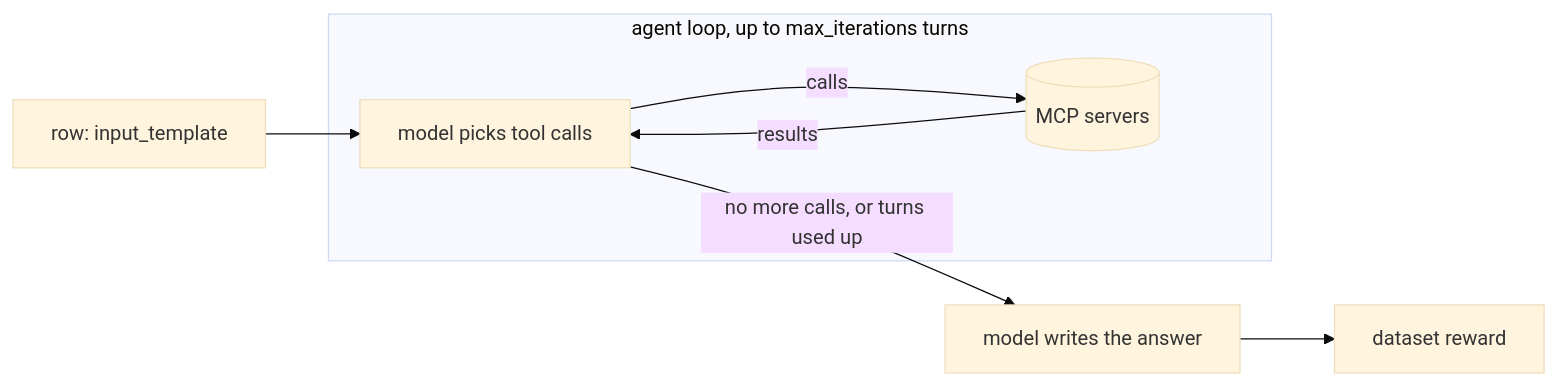
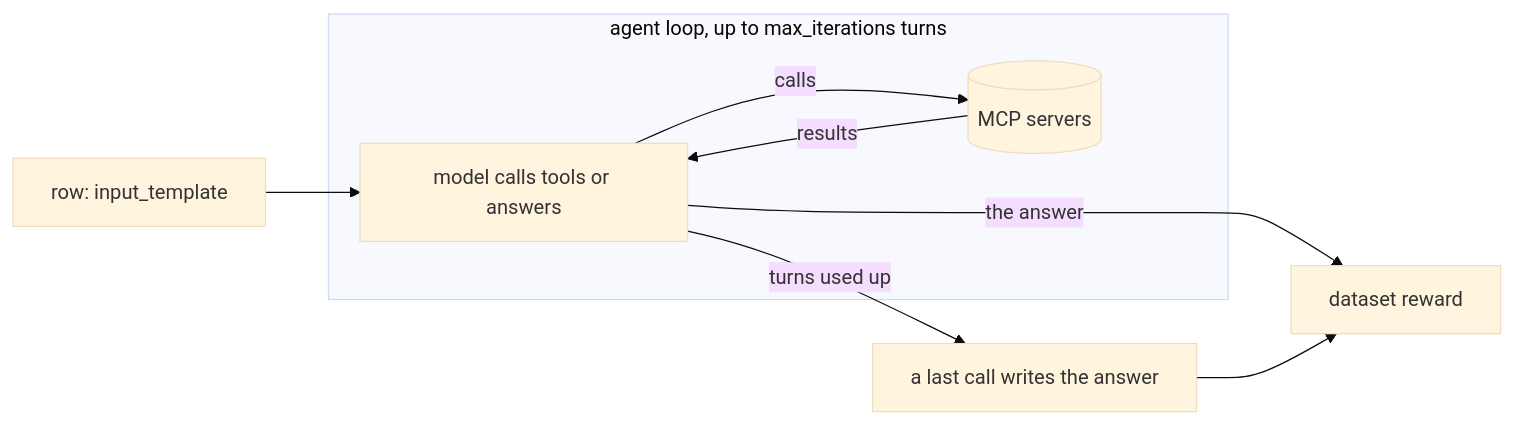
Before and after one commit to Atena-IT/open-arena: the first of 2 diagrams in docs/guides/mcp-tools.md, drawn with Mermaid (base theme). The commit also changed other lines of this file and 1 other file, not shown here.

First line of the commit message:
docs(agent): the turn that answers ends the loop; final_instructions are for turns that ran out

````diff
--- a/docs/guides/mcp-tools.md
+++ b/docs/guides/mcp-tools.md
@@ -15,10 +15,11 @@
 ```mermaid
 flowchart LR
   row[row: input_template] --> step
   subgraph agent["agent loop, up to max_iterations turns"]
-    step[model picks tool calls] -->|calls| tools[(MCP servers)]
+    step[model calls tools or answers] -->|calls| tools[(MCP servers)]
     tools -->|results| step
   end
-  step -->|no more calls, or turns used up| final[model writes the answer]
-  final --> reward[dataset reward]
+  step -->|the answer| reward[dataset reward]
+  step -->|turns used up| final[a last call writes the answer]
+  final --> reward
 ```
````
